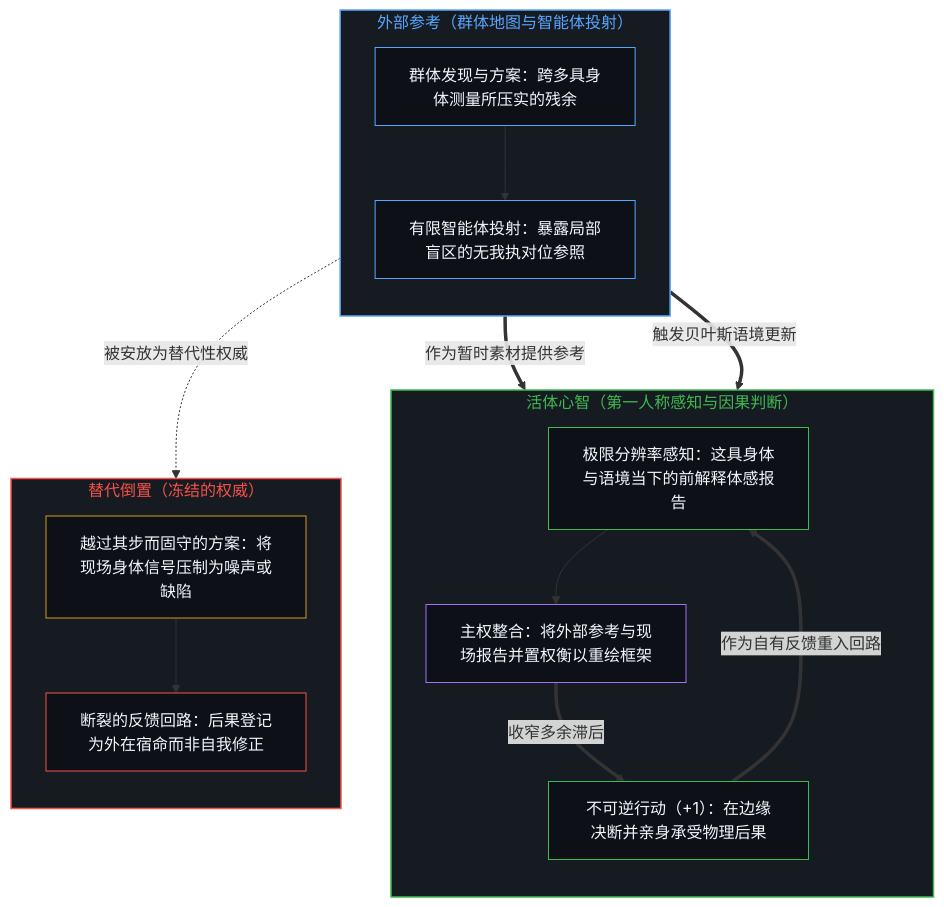
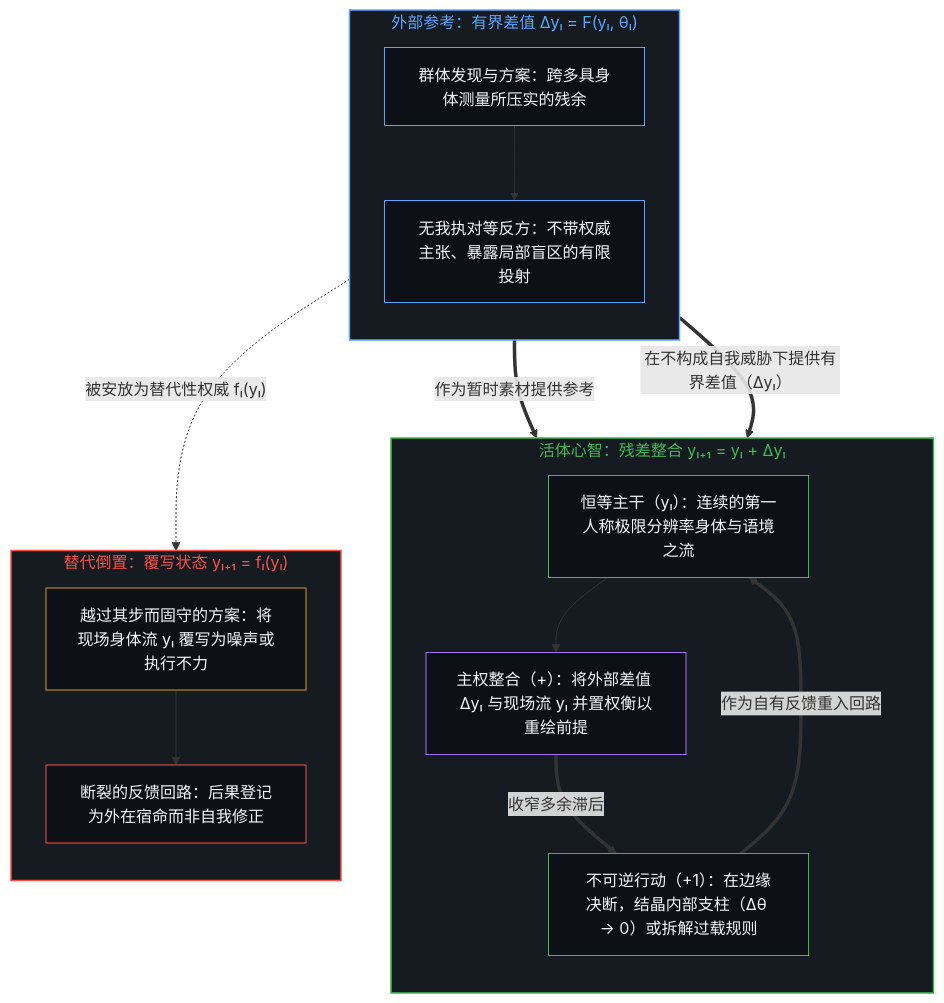
Before and after one commit to powerpig99/not-a-toe: the first of 2 diagrams in content/posts/expertise-as-reference-not-replacement.md, drawn with Mermaid. The commit also changed other lines of this file and 3 other files, not shown here.

````diff
--- a/content/posts/expertise-as-reference-not-replacement.md
+++ b/content/posts/expertise-as-reference-not-replacement.md
@@ -49,37 +49,37 @@
 ```mermaid
 flowchart TD
-    subgraph S_Ext["外部参考（群体地图与智能体投射）"]
+    subgraph S_Ext["外部参考：有界差值 Δyₗ = F(yₗ, θₗ)"]
         direction TB
         PopMap["群体发现与方案：跨多具身体测量所压实的残余"]
-        AgentProj["有限智能体投射：暴露局部盲区的无我执对位参照"]
+        AgentProj["无我执对等反方：不带权威主张、暴露局部盲区的有限投射"]
         PopMap --> AgentProj
     end
-    subgraph S_Edge["活体心智（第一人称感知与因果判断）"]
+    subgraph S_Edge["活体心智：残差整合 yₗ₊₁ = yₗ + Δyₗ"]
         direction TB
-        LiveSense["极限分辨率感知：这具身体与语境当下的前解释体感报告"]
-        Integrate["主权整合：将外部参考与现场报告并置权衡以重绘框架"]
-        ActCost["不可逆行动（+1）：在边缘决断并亲身承受物理后果"]
+        LiveSense["恒等主干（yₗ）：连续的第一人称极限分辨率身体与语境之流"]
+        Integrate["主权整合（+）：将外部差值 Δyₗ 与现场流 yₗ 并置权衡以重绘前提"]
+        ActCost["不可逆行动（+1）：在边缘决断，结晶内部支柱（Δθ → 0）或拆解过载规则"]
         LiveSense --> Integrate
         Integrate ==>|"收窄多余滞后"| ActCost
         ActCost ==>|"作为自有反馈重入回路"| LiveSense
     end
-    subgraph S_Replace["替代倒置（冻结的权威）"]
+    subgraph S_Replace["替代倒置：覆写状态 yₗ₊₁ = fₗ(yₗ)"]
         direction TB
-        Dogma["越过其步而固守的方案：将现场身体信号压制为噪声或缺陷"]
+        Dogma["越过其步而固守的方案：将现场身体流 yₗ 覆写为噪声或执行不力"]
         Sever["断裂的反馈回路：后果登记为外在宿命而非自我修正"]
         Dogma --> Sever
     end
     PopMap ==>|"作为暂时素材提供参考"| Integrate
-    AgentProj ==>|"触发贝叶斯语境更新"| Integrate
-    PopMap -.->|"被安放为替代性权威"| Dogma
+    AgentProj ==>|"在不构成自我威胁下提供有界差值（Δyₗ）"| Integrate
+    PopMap -.->|"被安放为替代性权威 fₗ(yₗ)"| Dogma
     style S_Ext fill:#161b22,stroke:#58a6ff,stroke-width:1.5px,color:#58a6ff
     style S_Edge fill:#161b22,stroke:#3fb950,stroke-width:1.5px,color:#3fb950
     style S_Replace fill:#161b22,stroke:#f85149,stroke-width:1.5px,color:#f85149
     style PopMap fill:#0d1117,stroke:#58a6ff,stroke-width:1px,color:#f0f6fc
     style AgentProj fill:#0d1117,stroke:#58a6ff,stroke-width:1px,color:#f0f6fc
     style LiveSense fill:#0d1117,stroke:#3fb950,stroke-width:1px,color:#f0f6fc
     style Integrate fill:#0d1117,stroke:#a371f7,stroke-width:1px,color:#f0f6fc
     style ActCost fill:#0d1117,stroke:#3fb950,stroke-width:1px,color:#f0f6fc
     style Dogma fill:#0d1117,stroke:#d29922,stroke-width:1px,color:#f0f6fc
     style Sever fill:#0d1117,stroke:#f85149,stroke-width:1px,color:#f0f6fc
 ```
````
